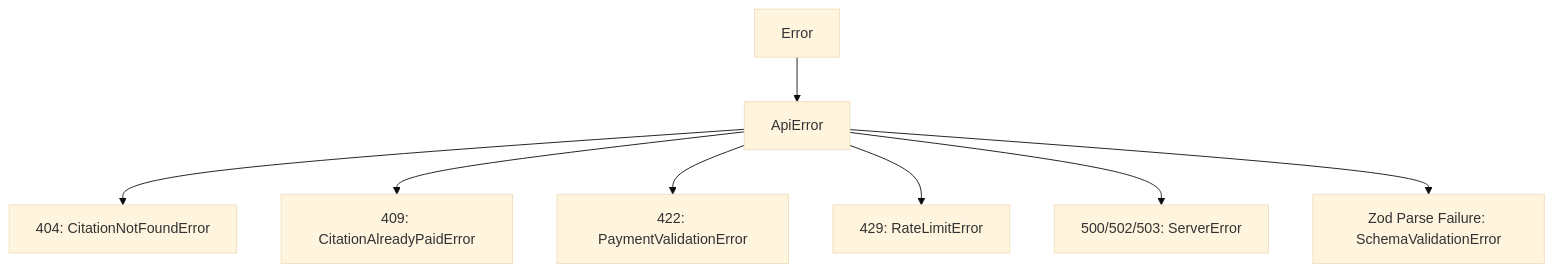
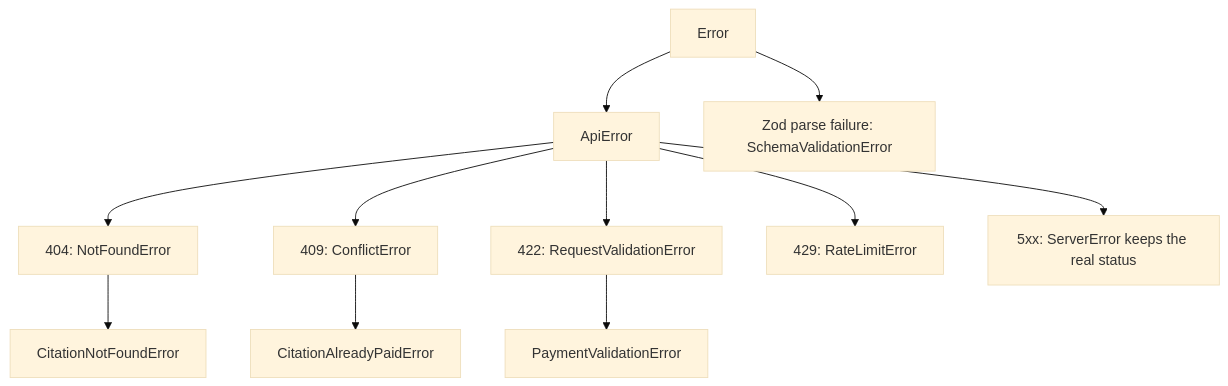
The second of 3 diagrams in 21_SDET_Playwright_Automation/05_Enterprise_Framework/44_Enterprise_API_Client_Library.md (SaiHarsha502vvit/Daily-Prep), drawn with Mermaid (base theme) before and after one commit. The commit also changed other lines of this file, not shown here.

First line of the commit message:
fix(playwright): Ch44 deep pass (partial) — APIRequestContext behaviours, schema caveats, retry verified

````diff
--- a/21_SDET_Playwright_Automation/05_Enterprise_Framework/44_Enterprise_API_Client_Library.md
+++ b/21_SDET_Playwright_Automation/05_Enterprise_Framework/44_Enterprise_API_Client_Library.md
@@ -548,11 +579,15 @@
 ```mermaid
 graph TD
     Error[Error] --> ApiError
+    Error --> SchemaValidationError[Zod parse failure: SchemaValidationError]
 
-    ApiError --> CitationNotFoundError[404: CitationNotFoundError]
-    ApiError --> CitationAlreadyPaidError[409: CitationAlreadyPaidError]
-    ApiError --> PaymentValidationError[422: PaymentValidationError]
+    ApiError --> NotFoundError[404: NotFoundError]
+    ApiError --> ConflictError[409: ConflictError]
+    ApiError --> RequestValidationError[422: RequestValidationError]
     ApiError --> RateLimitError[429: RateLimitError]
-    ApiError --> ServerError[500/502/503: ServerError]
-    ApiError --> SchemaValidationError[Zod Parse Failure: SchemaValidationError]
+    ApiError --> ServerError[5xx: ServerError keeps the real status]
+
+    NotFoundError --> CitationNotFoundError
+    ConflictError --> CitationAlreadyPaidError
+    RequestValidationError --> PaymentValidationError
 ```
````
